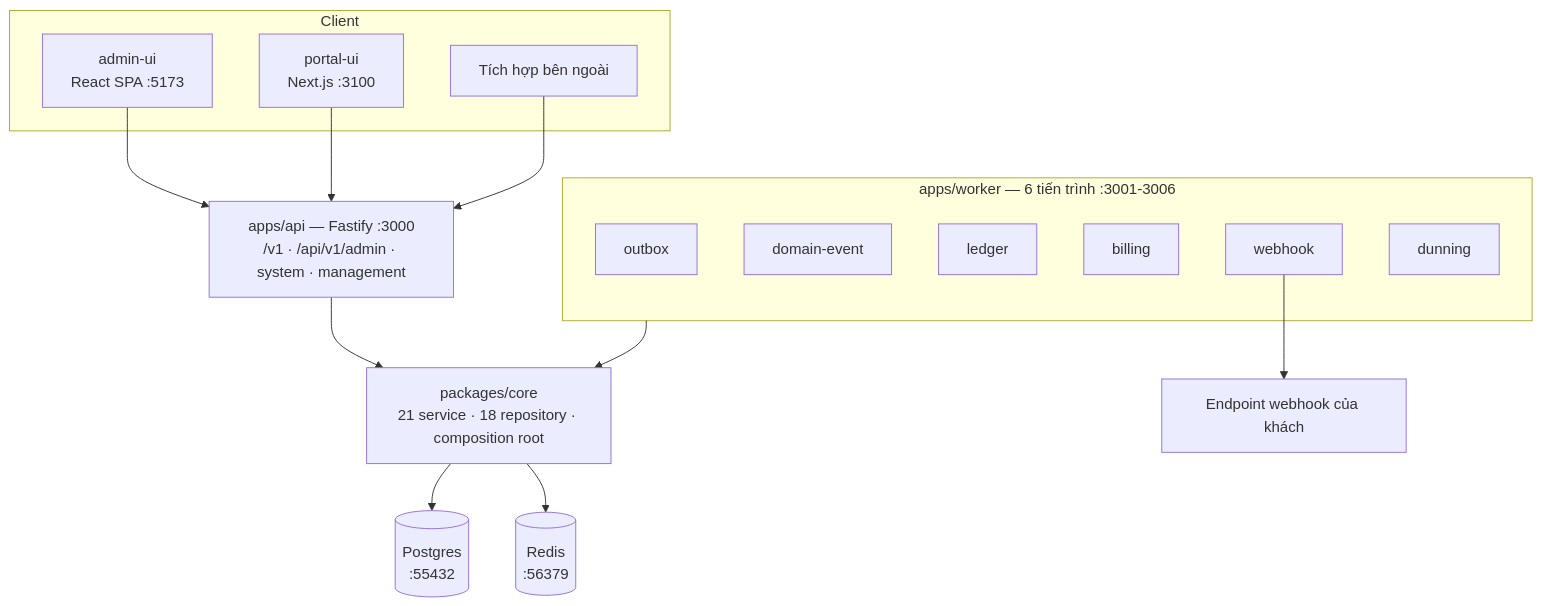
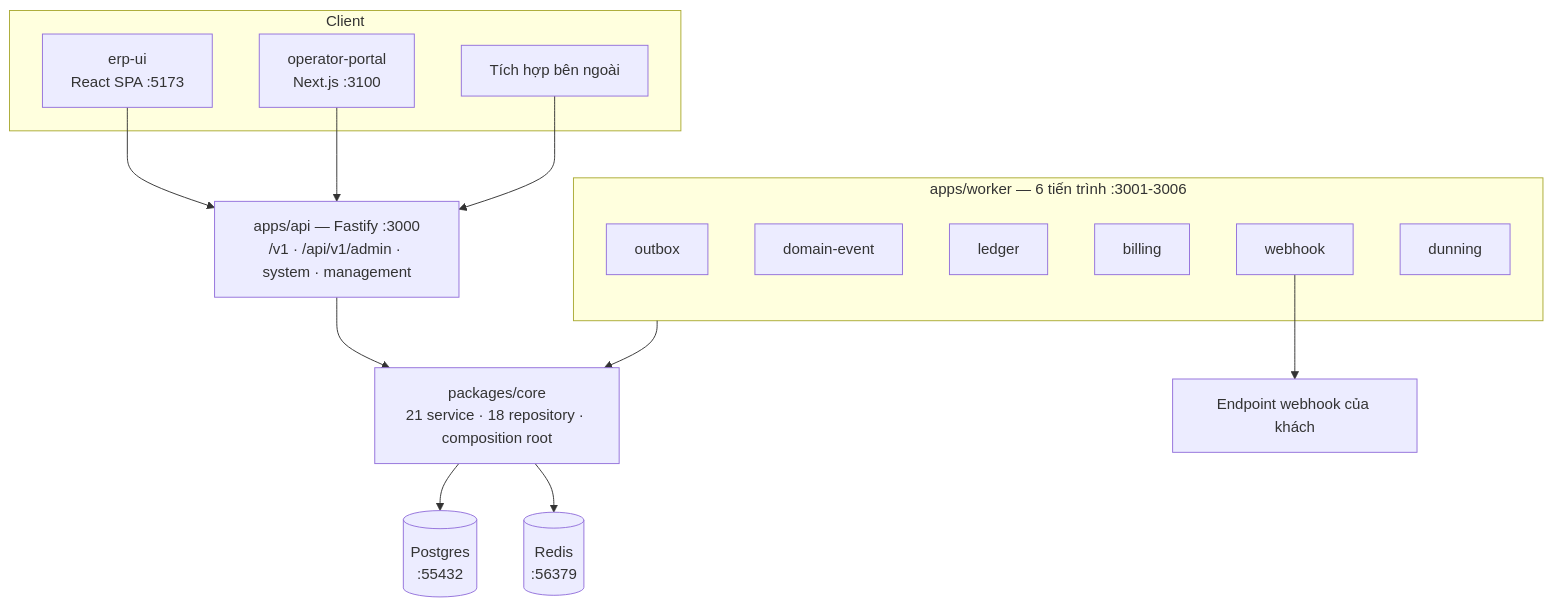
The diagram in docs/flows/00-index.md (anhquang296/pinstripe), drawn with Mermaid before and after one commit. The commit also changed other lines of this file and 797 other files, not shown here.

````diff
--- a/docs/flows/00-index.md
+++ b/docs/flows/00-index.md
@@ -9,33 +9,33 @@
 ```mermaid
 flowchart TB
     subgraph clients [Client]
-        AU["admin-ui<br/>React SPA :5173"]
-        PU["portal-ui<br/>Next.js :3100"]
+        AU["erp-ui<br/>React SPA :5173"]
+        PU["operator-portal<br/>Next.js :3100"]
         EXT["Tích hợp bên ngoài"]
     end
 
     API["apps/api — Fastify :3000<br/>/v1 · /api/v1/admin · system · management"]
 
     subgraph workers ["apps/worker — 6 tiến trình :3001-3006"]
         W1[outbox]
         W2[domain-event]
         W3[ledger]
         W4[billing]
         W5[webhook]
         W6[dunning]
     end
 
     CORE["packages/core<br/>21 service · 18 repository · composition root"]
     PG[("Postgres<br/>:55432")]
     RD[("Redis<br/>:56379")]
     EP["Endpoint webhook của khách"]
 
     AU --> API
     PU --> API
     EXT --> API
     API --> CORE
     workers --> CORE
     CORE --> PG
     CORE --> RD
     W5 --> EP
 ```
````
